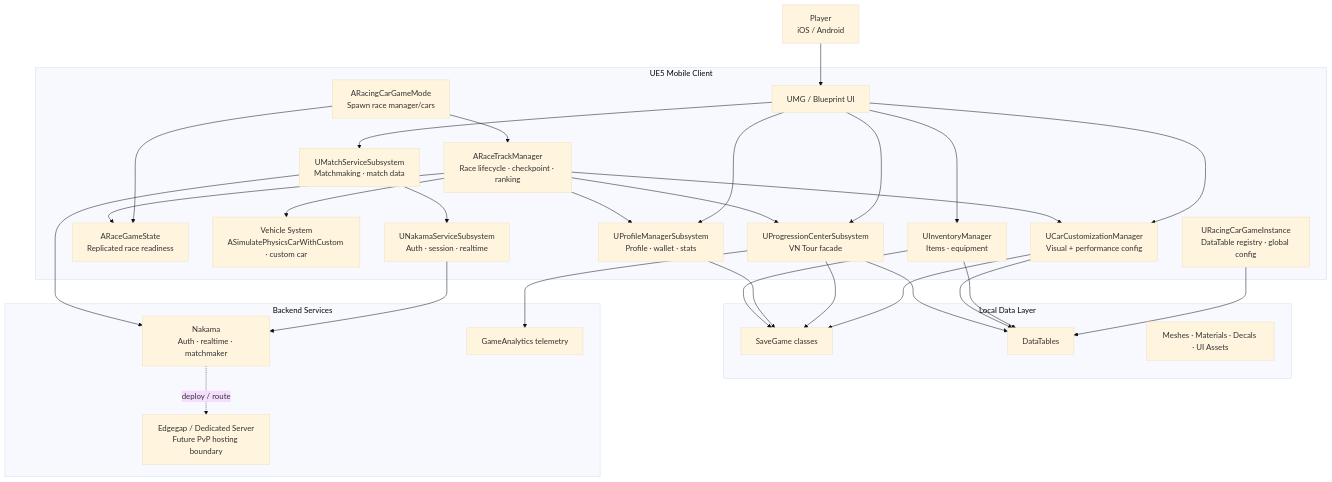
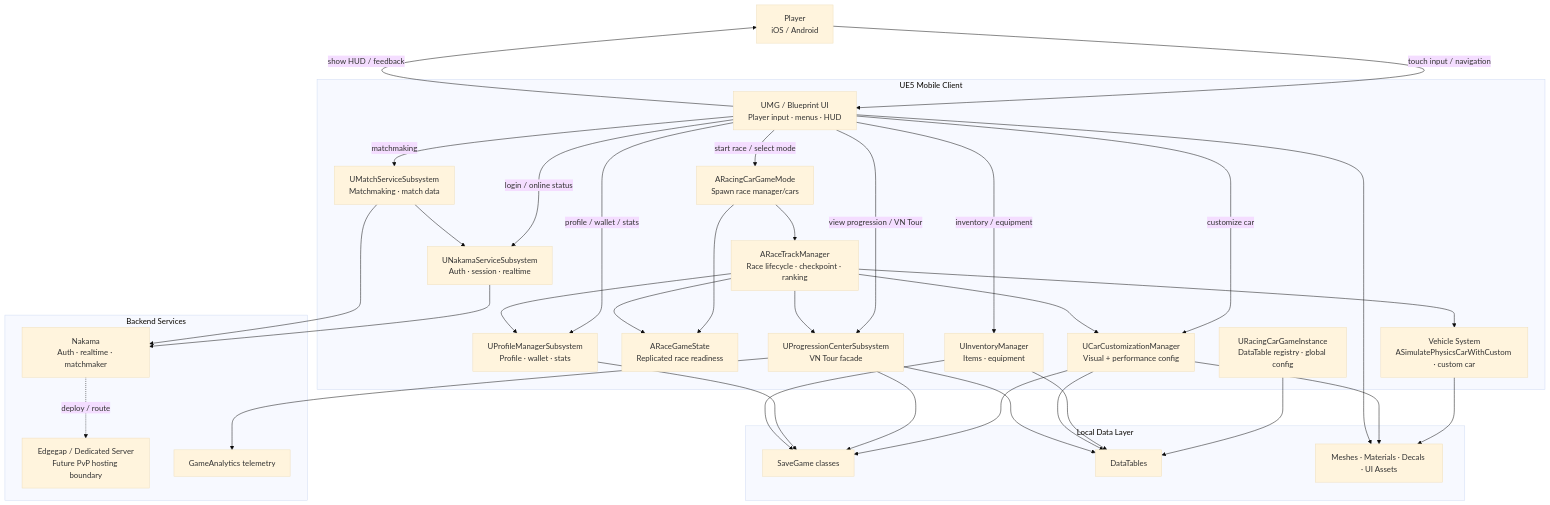
One commit to Click-Game-Studio/VNRacing changed the first of 10 diagrams in Docs/VNRacing_HLD.md. Above: the diagram before and after it, drawn with Mermaid (base theme).

Commit message:
Update VNRacing_HLD.md
Update overview to add more specific user interact

````diff
--- a/Docs/VNRacing_HLD.md
+++ b/Docs/VNRacing_HLD.md
@@ -48,61 +48,77 @@
 ```mermaid
 graph TB
-    USER["Player\niOS / Android"]
+    USER["Player<br/>iOS / Android"]
 
     subgraph CLIENT["UE5 Mobile Client"]
-        GI["URacingCarGameInstance\nDataTable registry · global config"]
-        GM["ARacingCarGameMode\nSpawn race manager/cars"]
-        GS["ARaceGameState\nReplicated race readiness"]
-        RTM["ARaceTrackManager\nRace lifecycle · checkpoint · ranking"]
-        VEH["Vehicle System\nASimulatePhysicsCarWithCustom · custom car"]
-        CUST["UCarCustomizationManager\nVisual + performance config"]
-        PROG["UProgressionCenterSubsystem\nVN Tour facade"]
-        PROFILE["UProfileManagerSubsystem\nProfile · wallet · stats"]
-        INV["UInventoryManager\nItems · equipment"]
-        ONLINE["UNakamaServiceSubsystem\nAuth · session · realtime"]
-        MATCH["UMatchServiceSubsystem\nMatchmaking · match data"]
-        UI["UMG / Blueprint UI"]
+        UI["UMG / Blueprint UI<br/>Player input · menus · HUD"]
+
+        GI["URacingCarGameInstance<br/>DataTable registry · global config"]
+        GM["ARacingCarGameMode<br/>Spawn race manager/cars"]
+        GS["ARaceGameState<br/>Replicated race readiness"]
+        RTM["ARaceTrackManager<br/>Race lifecycle · checkpoint · ranking"]
+        VEH["Vehicle System<br/>ASimulatePhysicsCarWithCustom · custom car"]
+
+        CUST["UCarCustomizationManager<br/>Visual + performance config"]
+        PROG["UProgressionCenterSubsystem<br/>VN Tour facade"]
+        PROFILE["UProfileManagerSubsystem<br/>Profile · wallet · stats"]
+        INV["UInventoryManager<br/>Items · equipment"]
+        ONLINE["UNakamaServiceSubsystem<br/>Auth · session · realtime"]
+        MATCH["UMatchServiceSubsystem<br/>Matchmaking · match data"]
     end
 
     subgraph DATA["Local Data Layer"]
         SG["SaveGame classes"]
         DT["DataTables"]
         ASSET["Meshes · Materials · Decals · UI Assets"]
     end
 
     subgraph BACKEND["Backend Services"]
-        NAK["Nakama\nAuth · realtime · matchmaker"]
-        EDGE["Edgegap / Dedicated Server\nFuture PvP hosting boundary"]
+        NAK["Nakama<br/>Auth · realtime · matchmaker"]
+        EDGE["Edgegap / Dedicated Server<br/>Future PvP hosting boundary"]
         GA["GameAnalytics telemetry"]
     end
 
-    USER --> UI
-    UI --> CUST
-    UI --> PROG
-    UI --> PROFILE
-    UI --> INV
-    UI --> MATCH
+    %% User-facing interaction
+    USER -->|"touch input / navigation"| UI
+    UI -->|"show HUD / feedback"| USER
 
+    %% UI to gameplay and systems
+    UI -->|"start race / select mode"| GM
+    UI -->|"customize car"| CUST
+    UI -->|"view progression / VN Tour"| PROG
+    UI -->|"profile / wallet / stats"| PROFILE
+    UI -->|"inventory / equipment"| INV
+    UI -->|"login / online status"| ONLINE
+    UI -->|"matchmaking"| MATCH
+
+    %% Core race flow
     GI --> DT
     GM --> RTM
     GM --> GS
     RTM --> VEH
     RTM --> PROG
     RTM --> CUST
     RTM --> PROFILE
     RTM --> GS
 
+    %% Vehicle and asset usage
+    VEH --> ASSET
+    CUST --> ASSET
+    UI --> ASSET
+
+    %% Local data
     CUST --> SG
     PROG --> SG
     PROFILE --> SG
     INV --> SG
     INV --> DT
     CUST --> DT
     PROG --> DT
 
+    %% Backend
     ONLINE --> NAK
     MATCH --> ONLINE
     MATCH --> NAK
     PROG --> GA
     NAK -.deploy / route.-> EDGE
 ```
````
